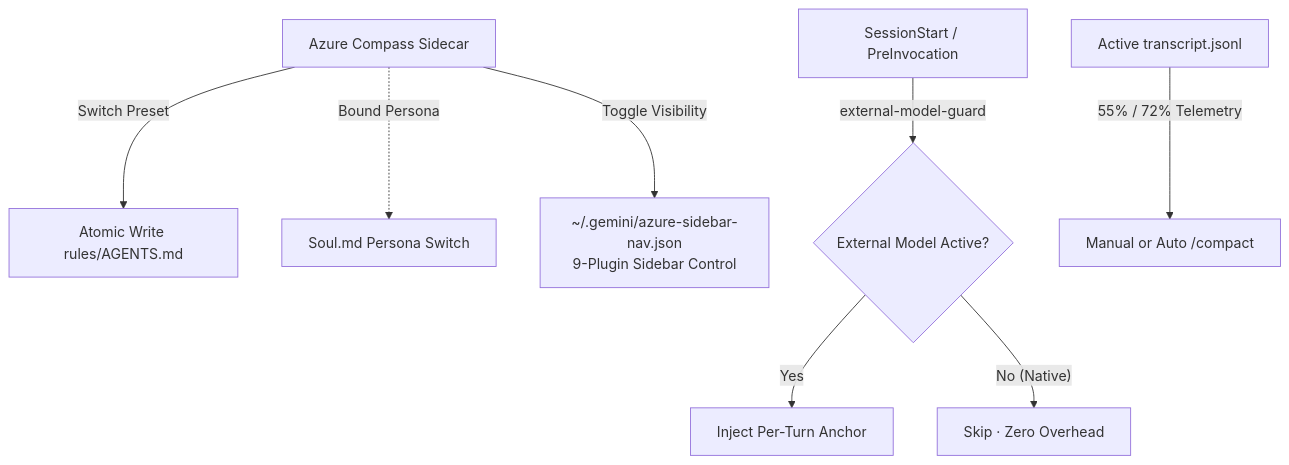
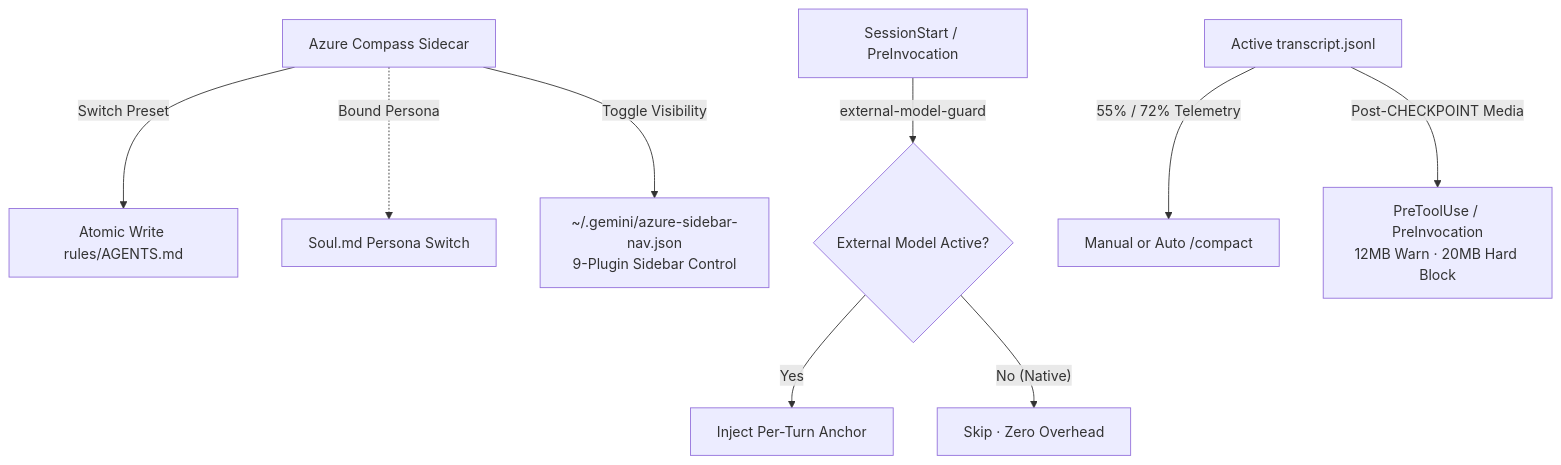
Before and after one commit to A16Nights/antigravity-azure-compass: the diagram in README.en.md, drawn with Mermaid. The commit also changed other lines of this file and 9 other files, not shown here.

````diff
--- a/README.en.md
+++ b/README.en.md
@@ -115,10 +120,11 @@
 ```mermaid
 flowchart TD
   A["Azure Compass Sidecar"] -->|"Switch Preset"| B["Atomic Write rules/AGENTS.md"]
   A -.->|"Bound Persona"| S["Soul.md Persona Switch"]
   A -->|"Toggle Visibility"| N["~/.gemini/azure-sidebar-nav.json<br/>9-Plugin Sidebar Control"]
   H["SessionStart / PreInvocation"] -->|"external-model-guard"| M{"External Model Active?"}
   M -->|"Yes"| I["Inject Per-Turn Anchor"]
   M -->|"No (Native)"| K["Skip · Zero Overhead"]
   T["Active transcript.jsonl"] -->|"55% / 72% Telemetry"| C["Manual or Auto /compact"]
+  T -->|"Post-CHECKPOINT Media"| G["PreToolUse / PreInvocation<br/>12MB Warn · 20MB Hard Block"]
 ```
````
